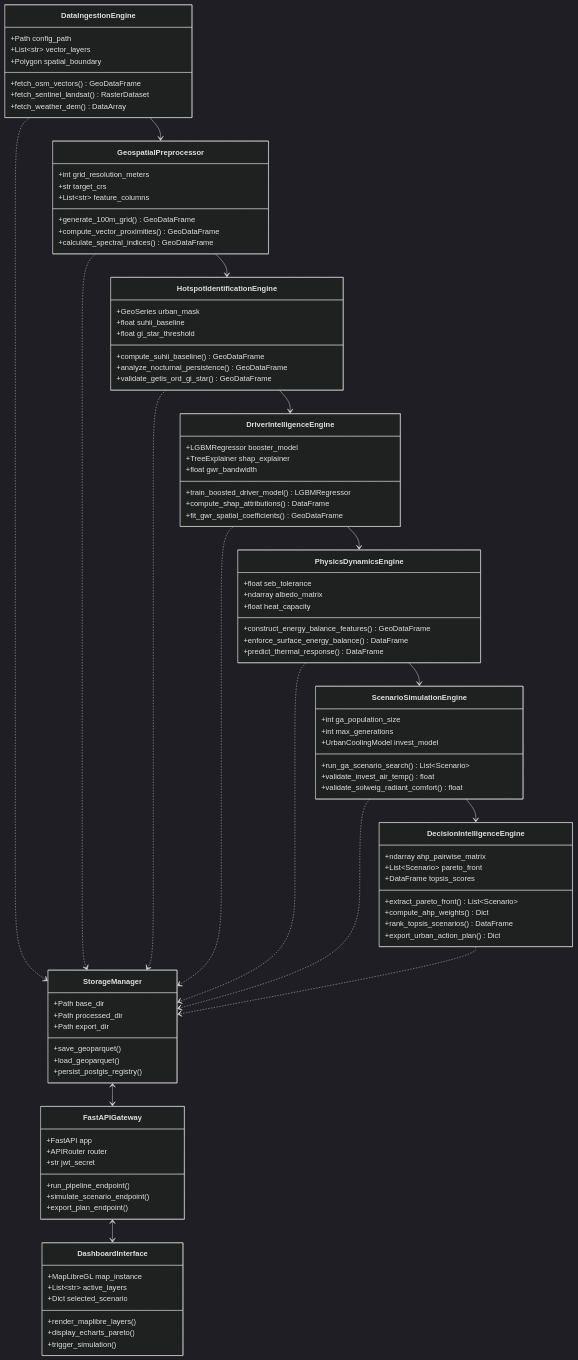
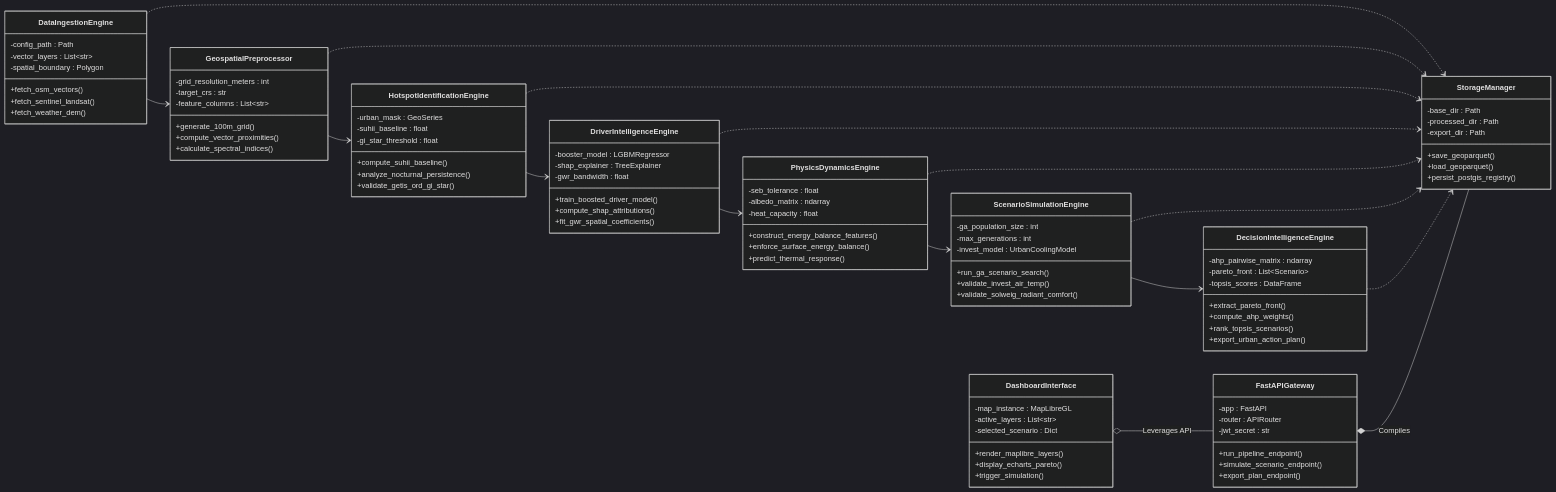
One commit to Joel-Masilamani/Boreas_Nexus changed the first of 8 diagrams in README.md. Above: the diagram before and after it, drawn with Mermaid (dark theme).

Commit message:
Revise class diagram in README.md
Updated class diagram in README to reflect changes in class attributes and methods.

````diff
--- a/README.md
+++ b/README.md
@@ -230,96 +230,99 @@
 ```mermaid
 classDiagram
+    direction LR
+
     class DataIngestionEngine {
-        +Path config_path
-        +List~str~ vector_layers
-        +Polygon spatial_boundary
-        +fetch_osm_vectors() GeoDataFrame
-        +fetch_sentinel_landsat() RasterDataset
-        +fetch_weather_dem() DataArray
+        -config_path : Path
+        -vector_layers : List~str~
+        -spatial_boundary : Polygon
+        +fetch_osm_vectors()
+        +fetch_sentinel_landsat()
+        +fetch_weather_dem()
     }
 
     class GeospatialPreprocessor {
-        +int grid_resolution_meters
-        +str target_crs
-        +List~str~ feature_columns
-        +generate_100m_grid() GeoDataFrame
-        +compute_vector_proximities() GeoDataFrame
-        +calculate_spectral_indices() GeoDataFrame
+        -grid_resolution_meters : int
+        -target_crs : str
+        -feature_columns : List~str~
+        +generate_100m_grid()
+        +compute_vector_proximities()
+        +calculate_spectral_indices()
     }
 
     class HotspotIdentificationEngine {
-        +GeoSeries urban_mask
-        +float suhii_baseline
-        +float gi_star_threshold
-        +compute_suhii_baseline() GeoDataFrame
-        +analyze_nocturnal_persistence() GeoDataFrame
-        +validate_getis_ord_gi_star() GeoDataFrame
+        -urban_mask : GeoSeries
+        -suhii_baseline : float
+        -gi_star_threshold : float
+        +compute_suhii_baseline()
+        +analyze_nocturnal_persistence()
+        +validate_getis_ord_gi_star()
     }
 
     class DriverIntelligenceEngine {
-        +LGBMRegressor booster_model
-        +TreeExplainer shap_explainer
-        +float gwr_bandwidth
-        +train_boosted_driver_model() LGBMRegressor
-        +compute_shap_attributions() DataFrame
-        +fit_gwr_spatial_coefficients() GeoDataFrame
+        -booster_model : LGBMRegressor
+        -shap_explainer : TreeExplainer
+        -gwr_bandwidth : float
+        +train_boosted_driver_model()
+        +compute_shap_attributions()
+        +fit_gwr_spatial_coefficients()
     }
 
     class PhysicsDynamicsEngine {
-        +float seb_tolerance
-        +ndarray albedo_matrix
-        +float heat_capacity
-        +construct_energy_balance_features() GeoDataFrame
-        +enforce_surface_energy_balance() DataFrame
-        +predict_thermal_response() DataFrame
+        -seb_tolerance : float
+        -albedo_matrix : ndarray
+        -heat_capacity : float
+        +construct_energy_balance_features()
+        +enforce_surface_energy_balance()
+        +predict_thermal_response()
     }
 
     class ScenarioSimulationEngine {
-        +int ga_population_size
-        +int max_generations
-        +UrbanCoolingModel invest_model
-        +run_ga_scenario_search() List~Scenario~
-        +validate_invest_air_temp() float
-        +validate_solweig_radiant_comfort() float
+        -ga_population_size : int
+        -max_generations : int
+        -invest_model : UrbanCoolingModel
+        +run_ga_scenario_search()
+        +validate_invest_air_temp()
+        +validate_solweig_radiant_comfort()
     }
 
     class DecisionIntelligenceEngine {
-        +ndarray ahp_pairwise_matrix
-        +List~Scenario~ pareto_front
-        +DataFrame topsis_scores
-        +extract_pareto_front() List~Scenario~
-        +compute_ahp_weights() Dict
-        +rank_topsis_scenarios() DataFrame
-        +export_urban_action_plan() Dict
+        -ahp_pairwise_matrix : ndarray
+        -pareto_front : List~Scenario~
+        -topsis_scores : DataFrame
+        +extract_pareto_front()
+        +compute_ahp_weights()
+        +rank_topsis_scenarios()
+        +export_urban_action_plan()
     }
 
     class StorageManager {
-        +Path base_dir
-        +Path processed_dir
-        +Path export_dir
+        -base_dir : Path
+        -processed_dir : Path
+        -export_dir : Path
         +save_geoparquet()
         +load_geoparquet()
         +persist_postgis_registry()
     }
 
     class FastAPIGateway {
-        +FastAPI app
-        +APIRouter router
-        +str jwt_secret
+        -app : FastAPI
+        -router : APIRouter
+        -jwt_secret : str
         +run_pipeline_endpoint()
         +simulate_scenario_endpoint()
         +export_plan_endpoint()
     }
 
     class DashboardInterface {
-        +MapLibreGL map_instance
-        +List~str~ active_layers
-        +Dict selected_scenario
+        -map_instance : MapLibreGL
+        -active_layers : List~str~
+        -selected_scenario : Dict
         +render_maplibre_layers()
         +display_echarts_pareto()
         +trigger_simulation()
     }
 
+    %% System Pipeline Flow (Directed Associations)
     DataIngestionEngine --> GeospatialPreprocessor
     GeospatialPreprocessor --> HotspotIdentificationEngine
     HotspotIdentificationEngine --> DriverIntelligenceEngine
@@ -327,6 +330,7 @@
     PhysicsDynamicsEngine --> ScenarioSimulationEngine
     ScenarioSimulationEngine --> DecisionIntelligenceEngine
     
+    %% Storage Cross-Cutting Dependency (Dashed Dependency Arrows)
     DataIngestionEngine ..> StorageManager
     GeospatialPreprocessor ..> StorageManager
     HotspotIdentificationEngine ..> StorageManager
@@ -335,6 +339,8 @@
     ScenarioSimulationEngine ..> StorageManager
     DecisionIntelligenceEngine ..> StorageManager
 
-    StorageManager <--> FastAPIGateway
-    FastAPIGateway <--> DashboardInterface
+    %% Composition & Aggregation for Presentation Tier
+    FastAPIGateway *-- StorageManager : Compiles
+    DashboardInterface o-- FastAPIGateway : Leverages API
+
 ```
````
